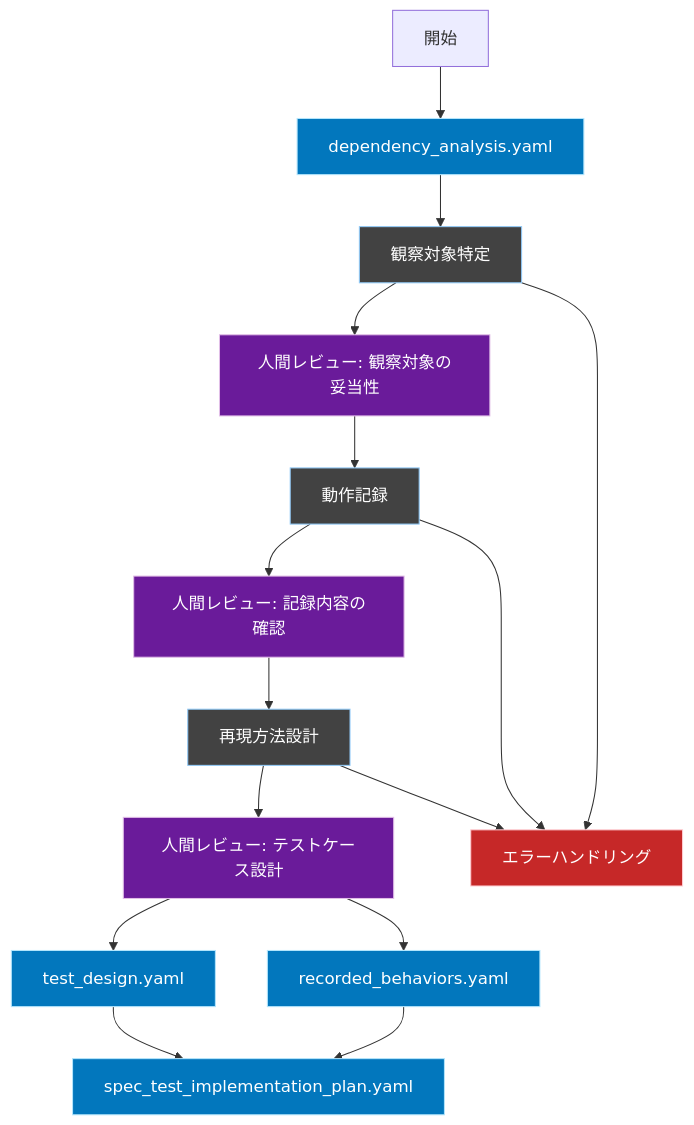
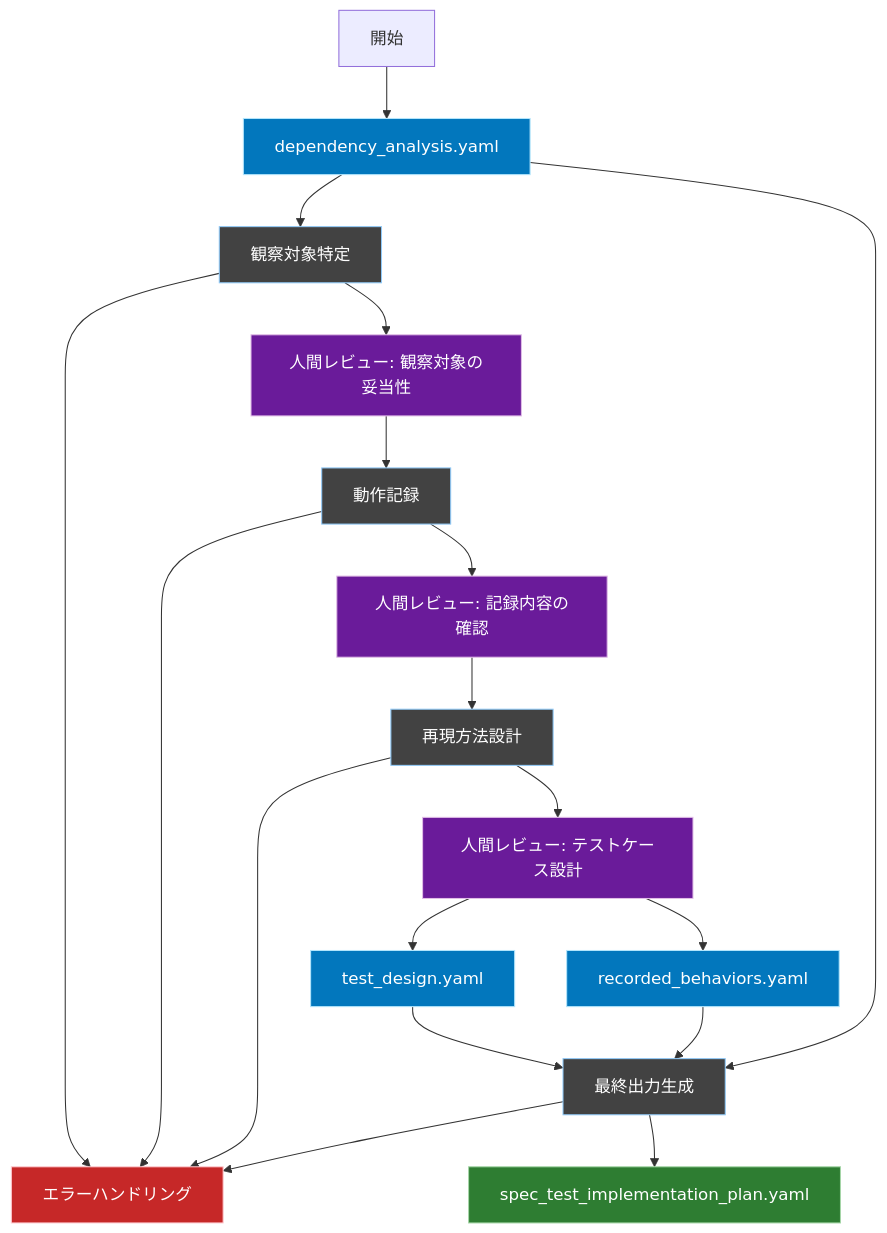
The first of 2 diagrams in FLOW/WORKFLOW_SPEC_TEST_PLAN.md (ryosuke911/WORKFLOW_SPEC_TEST), drawn with Mermaid before and after one commit. The commit also changed other lines of this file, not shown here.

Commit message:
不要箇所の削除・mermaidの更新

````diff
--- a/FLOW/WORKFLOW_SPEC_TEST_PLAN.md
+++ b/FLOW/WORKFLOW_SPEC_TEST_PLAN.md
@@ -7,29 +7,33 @@
 ```mermaid
 graph TD
     %% スタイル定義
     classDef file fill:#0277bd,stroke:#b3e5fc,color:#fff
     classDef process fill:#424242,stroke:#90caf9,color:#fff
     classDef output fill:#2e7d32,stroke:#a5d6a7,color:#fff
     classDef error fill:#c62828,stroke:#ffcdd2,color:#fff
     classDef review fill:#6a1b9a,stroke:#e1bee7,color:#fff
 
     Input[dependency_analysis.yaml]:::file
     
     Start[開始] --> Input
     Input --> Phase1[観察対象特定]:::process
     Phase1 --> Review1[人間レビュー: 観察対象の妥当性]:::review
     Review1 --> Phase2[動作記録]:::process
     Phase2 --> Review2[人間レビュー: 記録内容の確認]:::review
     Review2 --> Phase3[再現方法設計]:::process
     Phase3 --> Review3[人間レビュー: テストケース設計]:::review
+    Review3 --> TD[test_design.yaml]:::file
+    Review3 --> RB[recorded_behaviors.yaml]:::file
+    
+    TD --> Phase4[最終出力生成]:::process
+    RB --> Phase4
+    Input --> Phase4
     
     Error[エラーハンドリング]:::error
     Phase1 --> Error
     Phase2 --> Error
     Phase3 --> Error
+    Phase4 --> Error
     
-    Review3 --> TD[test_design.yaml]:::file
-    Review3 --> RB[recorded_behaviors.yaml]:::file
-    TD --> IP[spec_test_implementation_plan.yaml]:::file
-    RB --> IP
+    Phase4 --> IP[spec_test_implementation_plan.yaml]:::output
 ```
````
